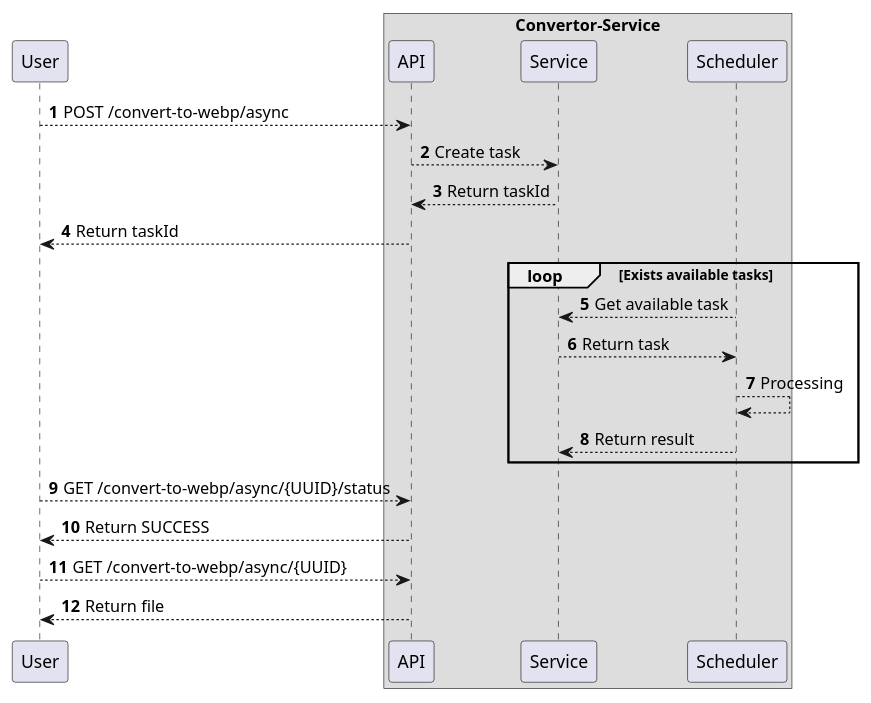
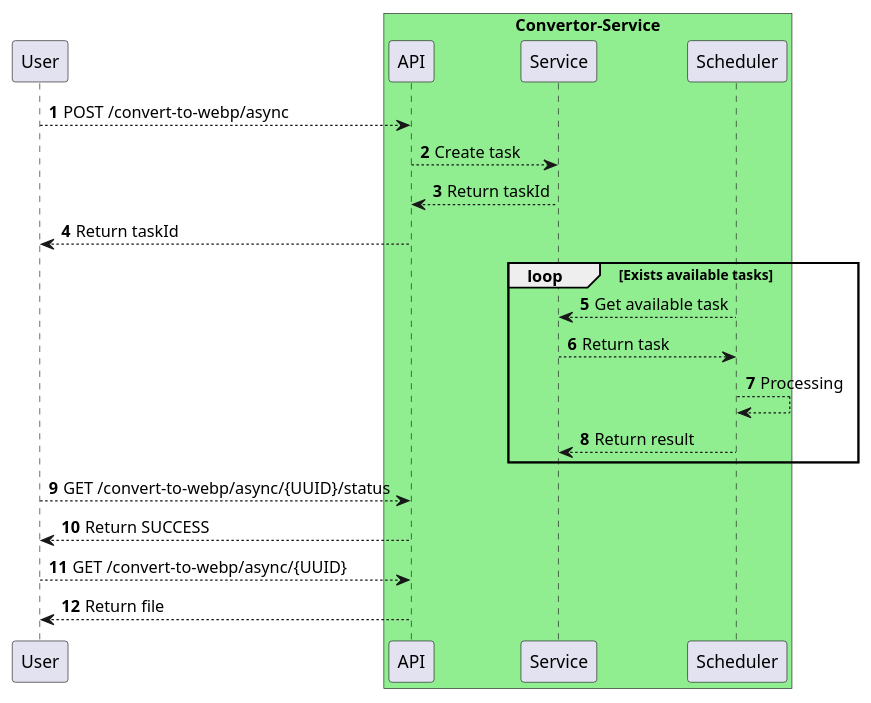
The diagram in task-1.puml (RavenVSS/learning-tasks), drawn with PlantUML before and after one commit. The commit also changed 1 other file, not shown here.

```diff
--- a/task-1.puml
+++ b/task-1.puml
@@ -1,29 +1,29 @@
 @startuml
 
 autonumber
 
 User --> API: POST /convert-to-webp/async
 API --> Service: Create task
 Service --> API: Return taskId
 API --> User: Return taskId
 
 loop Exists available tasks
 Scheduler --> Service: Get available task
 Service --> Scheduler: Return task
 Scheduler --> Scheduler: Processing
 Scheduler --> Service: Return result
 end loop
 
 User --> API: GET /convert-to-webp/async/{UUID}/status
 API --> User: Return SUCCESS
 
 User --> API: GET /convert-to-webp/async/{UUID}
 API --> User: Return file
 
-box "Convertor-Service"
+box "Convertor-Service" #lightgreen
 participant API
 participant Service
 participant Scheduler
 end box
 
 @enduml
```
